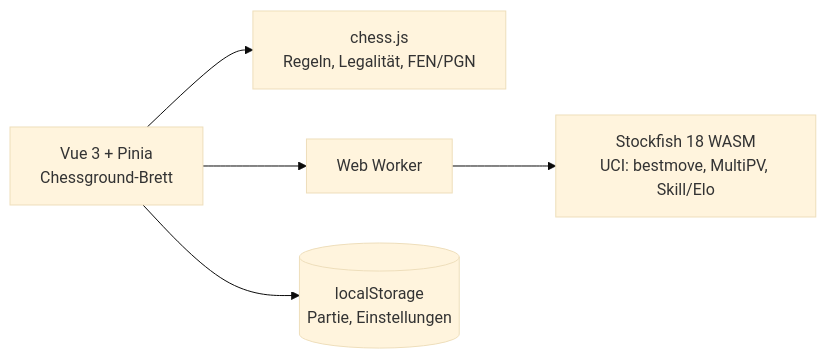
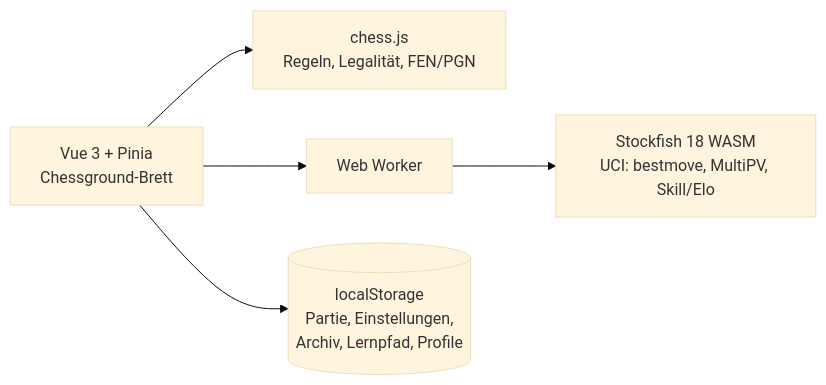
Before and after one commit to David-Mueller/Schach: the diagram in README.md, drawn with Mermaid (base theme). The commit also changed other lines of this file, not shown here.

````diff
--- a/README.md
+++ b/README.md
@@ -107,7 +115,7 @@
 ```mermaid
 flowchart LR
     UI[Vue 3 + Pinia<br/>Chessground-Brett] --> Rules[chess.js<br/>Regeln, Legalität, FEN/PGN]
     UI --> Worker[Web Worker]
     Worker --> SF[Stockfish 18 WASM<br/>UCI: bestmove, MultiPV, Skill/Elo]
-    UI --> Store[(localStorage<br/>Partie, Einstellungen)]
+    UI --> Store[(localStorage<br/>Partie, Einstellungen,<br/>Archiv, Lernpfad, Profile)]
 ```
````
